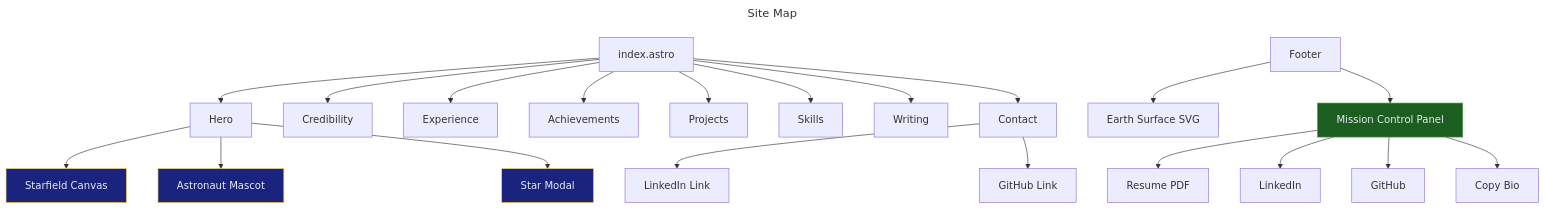
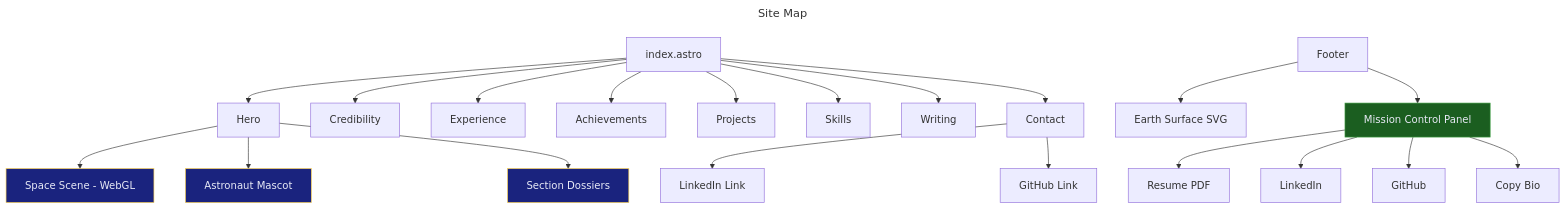
Before and after one commit to ishan-caicias/ishanjain_portfolio: the diagram in docs/diagrams/sitemap.mmd, drawn with Mermaid. The commit also changed 1402 other files, not shown here.

```diff
--- a/docs/diagrams/sitemap.mmd
+++ b/docs/diagrams/sitemap.mmd
@@ -1,32 +1,32 @@
 ---
 title: Site Map
 ---
 graph TD
     A[index.astro] --> B[Hero]
     A --> C[Credibility]
     A --> D[Experience]
     A --> E[Achievements]
     A --> F[Projects]
     A --> G[Skills]
     A --> H[Writing]
     A --> I[Contact]
 
-    B --> B1[Starfield Canvas]
+    B --> B1[Space Scene - WebGL]
     B --> B2[Astronaut Mascot]
-    B --> B3[Star Modal]
+    B --> B3[Section Dossiers]
 
     I --> I1[LinkedIn Link]
     I --> I2[GitHub Link]
 
     J[Footer] --> J1[Earth Surface SVG]
     J --> J2[Mission Control Panel]
 
     J2 --> J2a[Resume PDF]
     J2 --> J2b[LinkedIn]
     J2 --> J2c[GitHub]
     J2 --> J2d[Copy Bio]
 
     style B1 fill:#1a237e,stroke:#ffd54f,color:#e8eaf6
     style B2 fill:#1a237e,stroke:#ffd54f,color:#e8eaf6
     style B3 fill:#1a237e,stroke:#ffd54f,color:#e8eaf6
     style J2 fill:#1b5e20,stroke:#43a047,color:#e8eaf6
```
